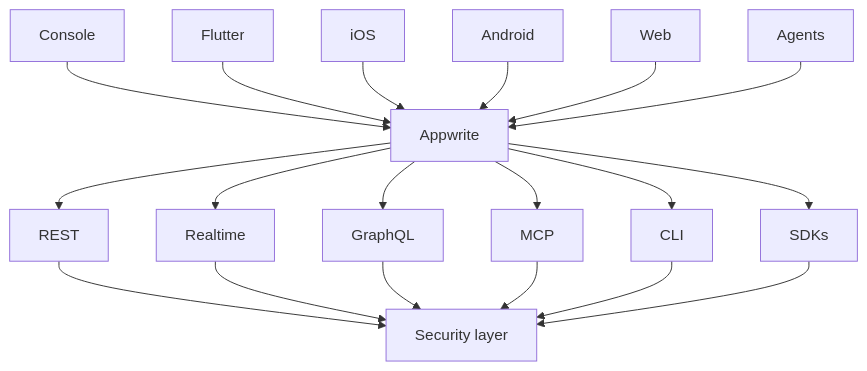
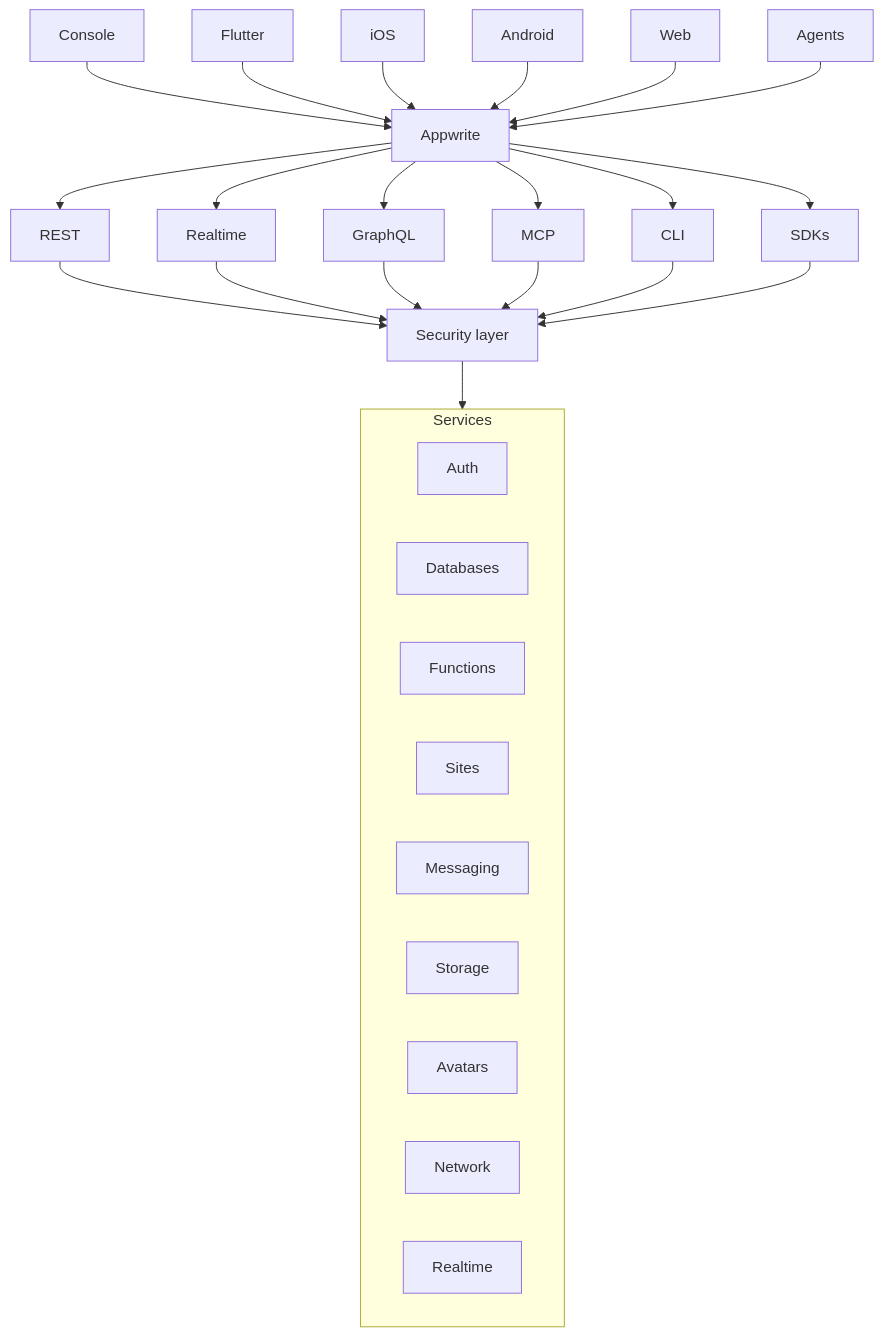
The diagram in README-CN.md (appwrite/appwrite), drawn with Mermaid before and after one commit. The commit also changed 1 other file, not shown here.

Commit message:
docs: add public products under the Security layer
List Auth, Databases, Functions, Sites, Messaging, Storage, Avatars,
Network, and Realtime inside a Services box.

````diff
--- a/README-CN.md
+++ b/README-CN.md
@@ -215,6 +215,18 @@
 ```mermaid
 flowchart TB
   Console & Flutter & iOS & Android & Web & Agents --> Appwrite
   Appwrite --> REST & Realtime & GraphQL & MCP & CLI & SDKs
   REST & Realtime & GraphQL & MCP & CLI & SDKs --> securityLayer[Security layer]
+  securityLayer --> services
+  subgraph services [Services]
+    Auth
+    Databases
+    Functions
+    Sites
+    Messaging
+    Storage
+    Avatars
+    Network
+    productRealtime[Realtime]
+  end
 ```
````
